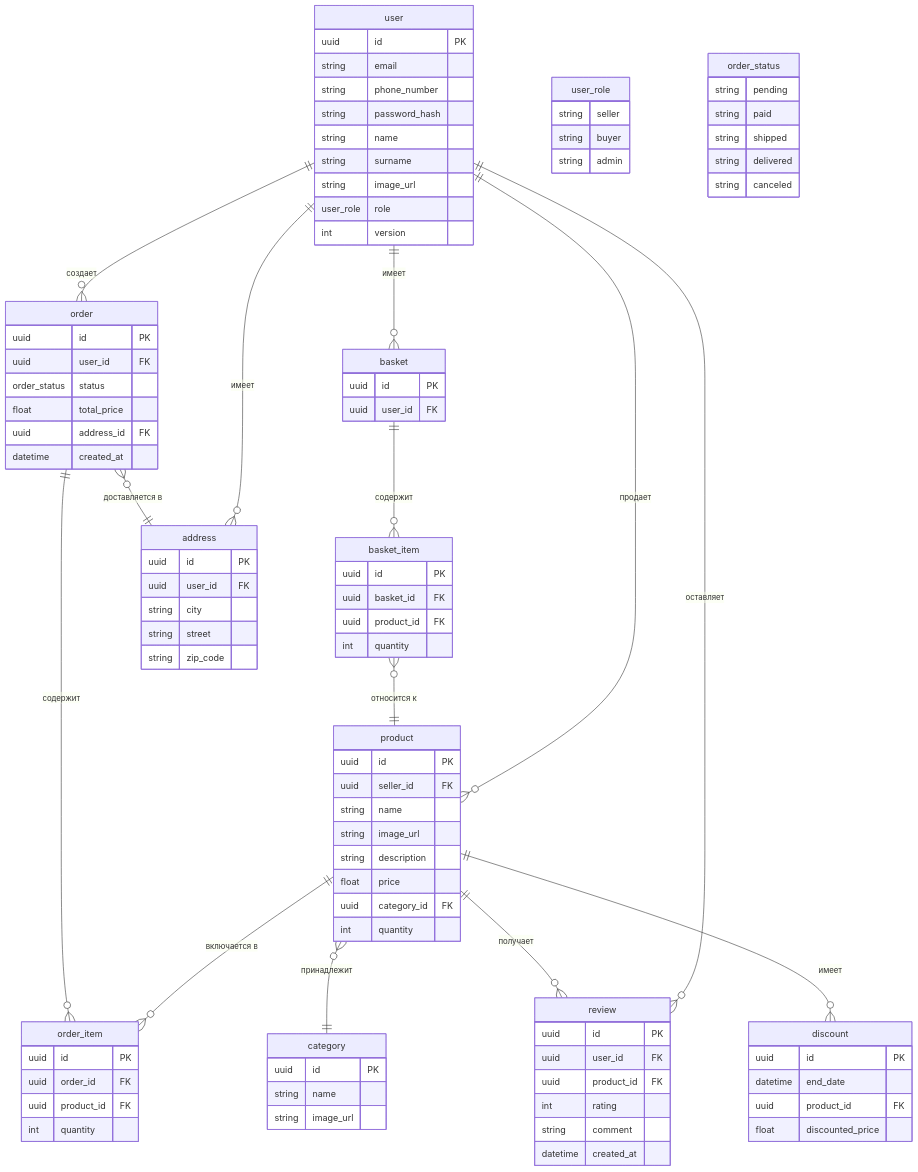
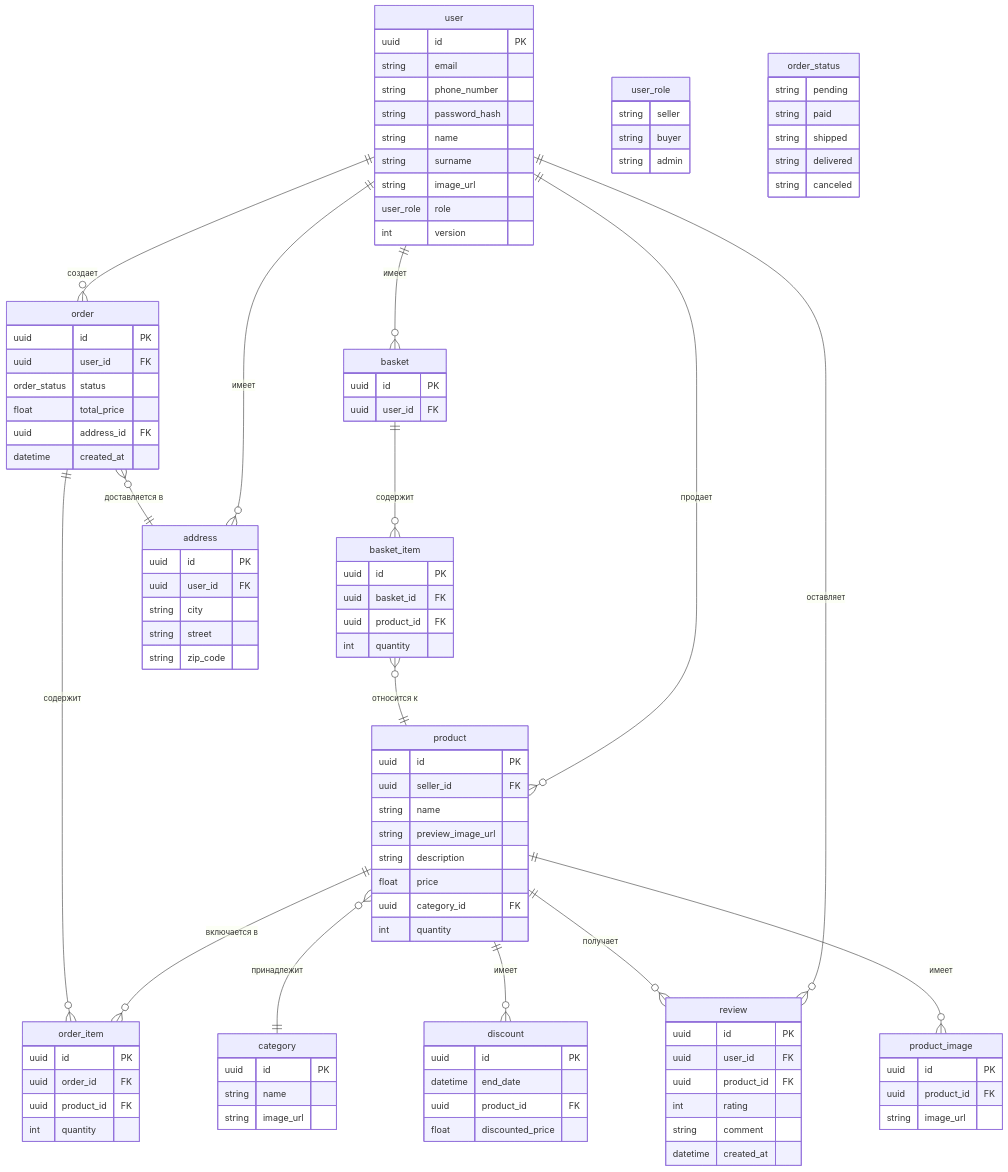
One commit to go-park-mail-ru/2025_1_ChillGuys changed the diagram in db/normalized/relations.md. Above: the diagram before and after it, drawn with Mermaid. The commit also changed other lines of this file and 2 other files, not shown here.

Commit message:
added product_image

```diff
--- a/db/normalized/relations.md
+++ b/db/normalized/relations.md
@@ -124,11 +130,17 @@
         uuid id PK
         uuid seller_id FK
         string name
-        string image_url
+        string preview_image_url
         string description
         float price
         uuid category_id FK
         int quantity
+    }
+    
+    product_image {
+        uuid id PK
+        uuid product_id FK
+        string image_url
     }
 
     discount {
@@ -207,6 +219,7 @@
     product ||--o{ review : "получает"
     product }o--|| category : "принадлежит"
     product ||--o{ discount : "имеет"
+    product ||--o{ product_image : "имеет"
 
     order ||--o{ order_item : "содержит"
     order }o--|| address : "доставляется в"
```
